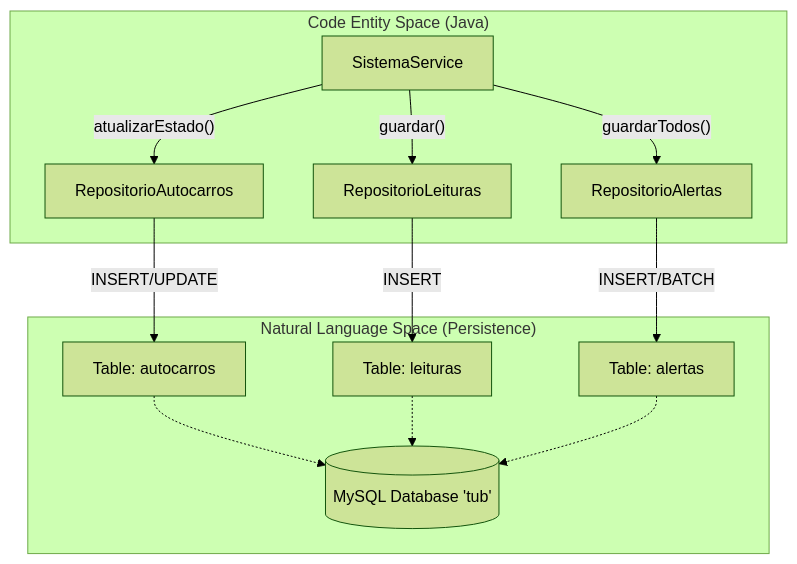
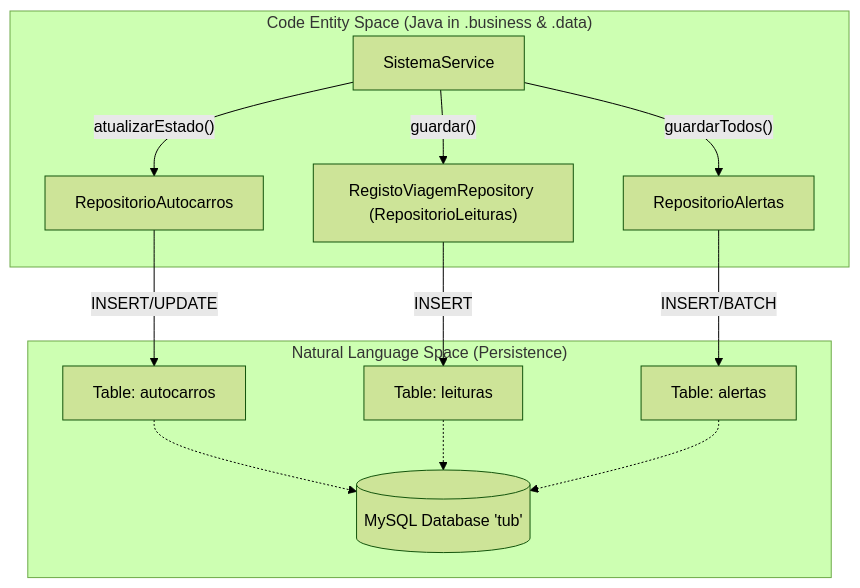
Before and after one commit to afonso4machado-a11y/pgu-tub-dai: the first of 2 diagrams in Wiki/07-Camada-de-Dados.md, drawn with Mermaid (forest theme). The commit also changed other lines of this file and 148 other files, not shown here.

Commit message:
feat: update dashboard analytics, refactor backend architecture, add Wiki and frontend improvements

````diff
--- a/Wiki/07-Camada-de-Dados.md
+++ b/Wiki/07-Camada-de-Dados.md
@@ -32,28 +32,28 @@
 ```mermaid
 graph TD
-    subgraph "Code Entity Space (Java)"
-        Service["SistemaService"]
-        RepoA["RepositorioAutocarros"]
-        RepoL["RepositorioLeituras"]
-        RepoAl["RepositorioAlertas"]
-    end
+ subgraph "Code Entity Space (Java in .business & .data)"
+ Service["SistemaService"]
+ RepoA["RepositorioAutocarros"]
+ RepoL["RegistoViagemRepository (RepositorioLeituras)"]
+ RepoAl["RepositorioAlertas"]
+ end
 
-    subgraph "Natural Language Space (Persistence)"
-        DB[("MySQL Database 'tub'")]
-        TableA["Table: autocarros"]
-        TableL["Table: leituras"]
-        TableAl["Table: alertas"]
-    end
+ subgraph "Natural Language Space (Persistence)"
+ DB[("MySQL Database 'tub'")]
+ TableA["Table: autocarros"]
+ TableL["Table: leituras"]
+ TableAl["Table: alertas"]
+ end
 
-    Service -->|"atualizarEstado()"| RepoA
-    Service -->|"guardar()"| RepoL
-    Service -->|"guardarTodos()"| RepoAl
+ Service -->|"atualizarEstado()"| RepoA
+ Service -->|"guardar()"| RepoL
+ Service -->|"guardarTodos()"| RepoAl
 
-    RepoA -->|"INSERT/UPDATE"| TableA
-    RepoL -->|"INSERT"| TableL
-    RepoAl -->|"INSERT/BATCH"| TableAl
+ RepoA -->|"INSERT/UPDATE"| TableA
+ RepoL -->|"INSERT"| TableL
+ RepoAl -->|"INSERT/BATCH"| TableAl
 
-    TableA -.-> DB
-    TableL -.-> DB
-    TableAl -.-> DB
+ TableA -.-> DB
+ TableL -.-> DB
+ TableAl -.-> DB
 ```
````
